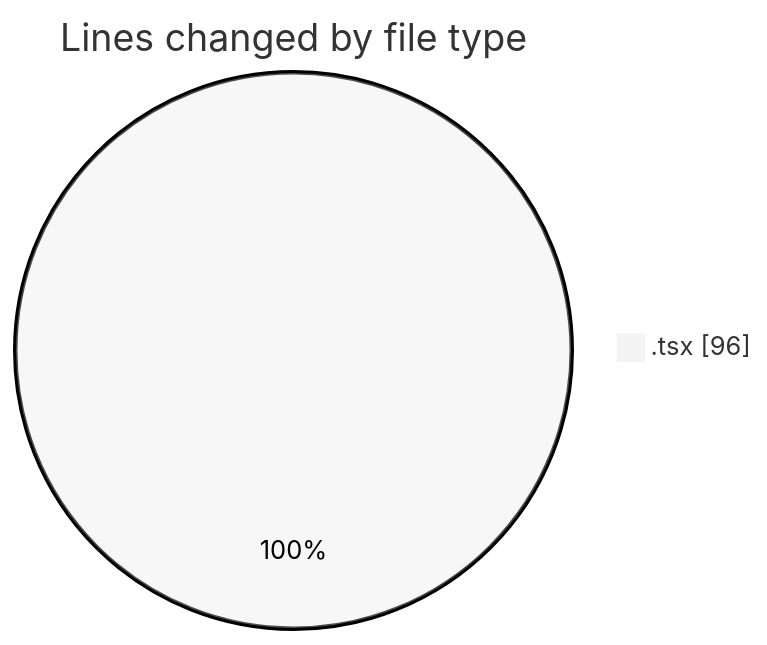
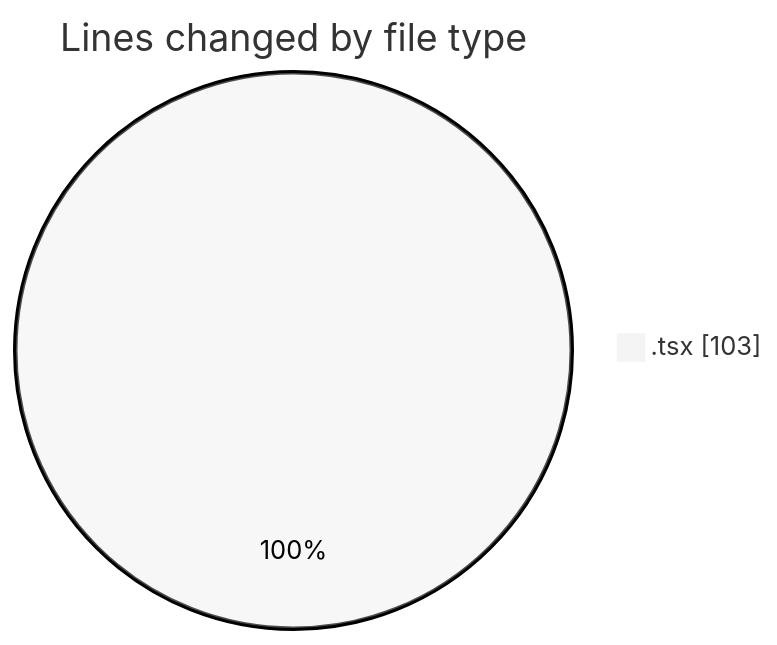
The first of 2 diagrams in 2025-09-16/cda/README.md (momahboobian/code-tracking), drawn with Mermaid (neutral theme) before and after one commit. The commit also changed other lines of this file and 1 other file, not shown here.

````diff
--- a/2025-09-16/cda/README.md
+++ b/2025-09-16/cda/README.md
@@ -21,5 +21,5 @@
 ```mermaid
 pie showData
 title Lines changed by file type
-".tsx" : 96
+".tsx" : 103
 ```
````
